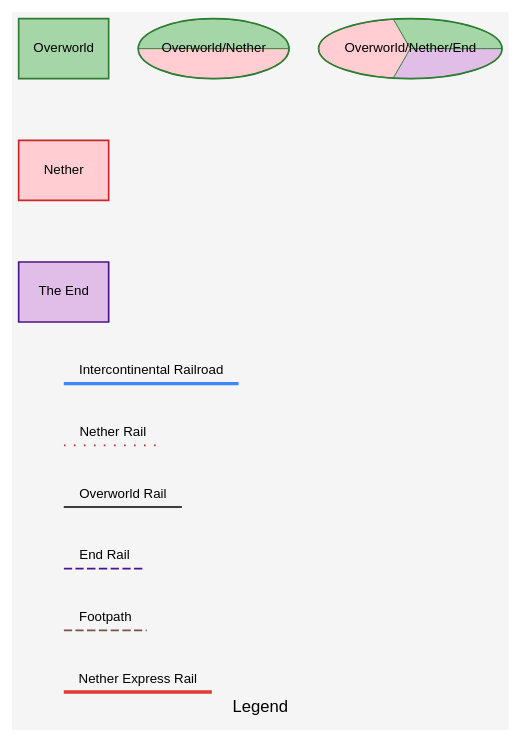
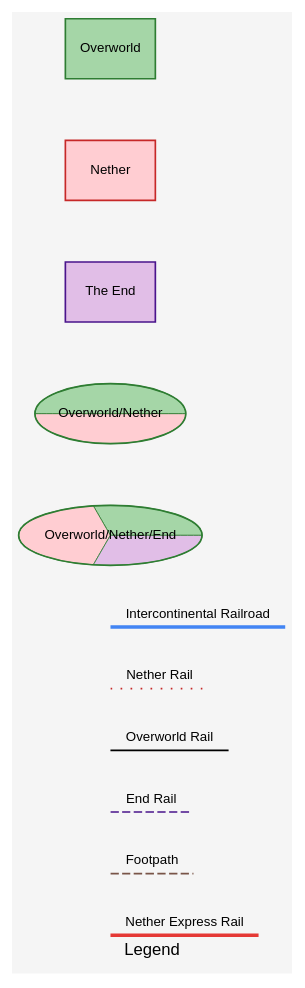
Before and after one commit to eatnumber1/minecraft-transit-map: the diagram in legend.gv, drawn with Graphviz.

Commit message:
Completed map

```diff
--- a/legend.gv
+++ b/legend.gv
@@ -1,57 +1,57 @@
 digraph Legend {
     graph [
         bgcolor="#F5F5F5",
         fontname="Helvetica,Arial,sans-serif",
         label="Legend",
         fontcolor="black",
         fontsize=10,
         style=rounded
     ];
     node [
         fontname="Helvetica,Arial,sans-serif",
         style=filled,
         fontcolor="black",
         fontsize=8,
         shape=box
     ];
     edge [
         fontname="Helvetica,Arial,sans-serif",
         fontsize=8
     ];
 
     // Node Type Keys
     Overworld_Key [label="Overworld", color="#2E7D32", fillcolor="#A5D6A7"];
     Nether_Key [label="Nether", color="#C62828", fillcolor="#FFCDD2"];
     End_Key [label="The End", color="#4A148C", fillcolor="#E1BEE7"];
     Dual_Key [label="Overworld/Nether", style=wedged, shape=ellipse, color="#2E7D32", fillcolor="#A5D6A7:#FFCDD2"];
     Tri_Key [label="Overworld/Nether/End", style=wedged, shape=ellipse, color="#2E7D32", fillcolor="#A5D6A7:#FFCDD2:#E1BEE7"];
 
     // Invisible nodes for line style keys
     node [shape=point, width=0, height=0, label=""];
     Rail_Key_Start; Rail_Key_End;
     Nether_Rail_Key_Start; Nether_Rail_Key_End;
     Overworld_Rail_Key_Start; Overworld_Rail_Key_End;
     End_Rail_Key_Start; End_Rail_Key_End;
     Footpath_Key_Start; Footpath_Key_End;
     Nether_Express_Key_Start; Nether_Express_Key_End;
 
     // Ensure horizontal alignment for line style keys
     { rank=same; Rail_Key_Start; Rail_Key_End; }
     { rank=same; Nether_Rail_Key_Start; Nether_Rail_Key_End; }
     { rank=same; Overworld_Rail_Key_Start; Overworld_Rail_Key_End; }
     { rank=same; End_Rail_Key_Start; End_Rail_Key_End; }
     { rank=same; Footpath_Key_Start; Footpath_Key_End; }
     { rank=same; Nether_Express_Key_Start; Nether_Express_Key_End; }
 
     // Define vertical alignment using invisible edges
     edge [style=invis, len=0.5];
-    Overworld_Key -> Nether_Key -> End_Key -> Rail_Key_Start -> Nether_Rail_Key_Start -> Overworld_Rail_Key_Start -> End_Rail_Key_Start -> Footpath_Key_Start -> Nether_Express_Key_Start;
+    Overworld_Key -> Nether_Key -> End_Key -> Dual_Key -> Tri_Key -> Rail_Key_Start -> Nether_Rail_Key_Start -> Overworld_Rail_Key_Start -> End_Rail_Key_Start -> Footpath_Key_Start -> Nether_Express_Key_Start;
     
     // Draw the visible edges for the legend line styles
     Rail_Key_Start -> Rail_Key_End [dir=none, style=bold, color="#4285F4", label="Intercontinental Railroad"];
     Nether_Rail_Key_Start -> Nether_Rail_Key_End [dir=none, style=dotted, color="#C62828", label="Nether Rail"];
     Overworld_Rail_Key_Start -> Overworld_Rail_Key_End [dir=none, style="", color="black", label="Overworld Rail"];
     End_Rail_Key_Start -> End_Rail_Key_End [dir=none, style=dashed, color="#4A148C", label="End Rail"];
     Footpath_Key_Start -> Footpath_Key_End [dir=none, style=dashed, color="#795548", label="Footpath"];
     Nether_Express_Key_Start -> Nether_Express_Key_End [dir=none, style=bold, color="#E53935", label="Nether Express Rail"];
 }
```
